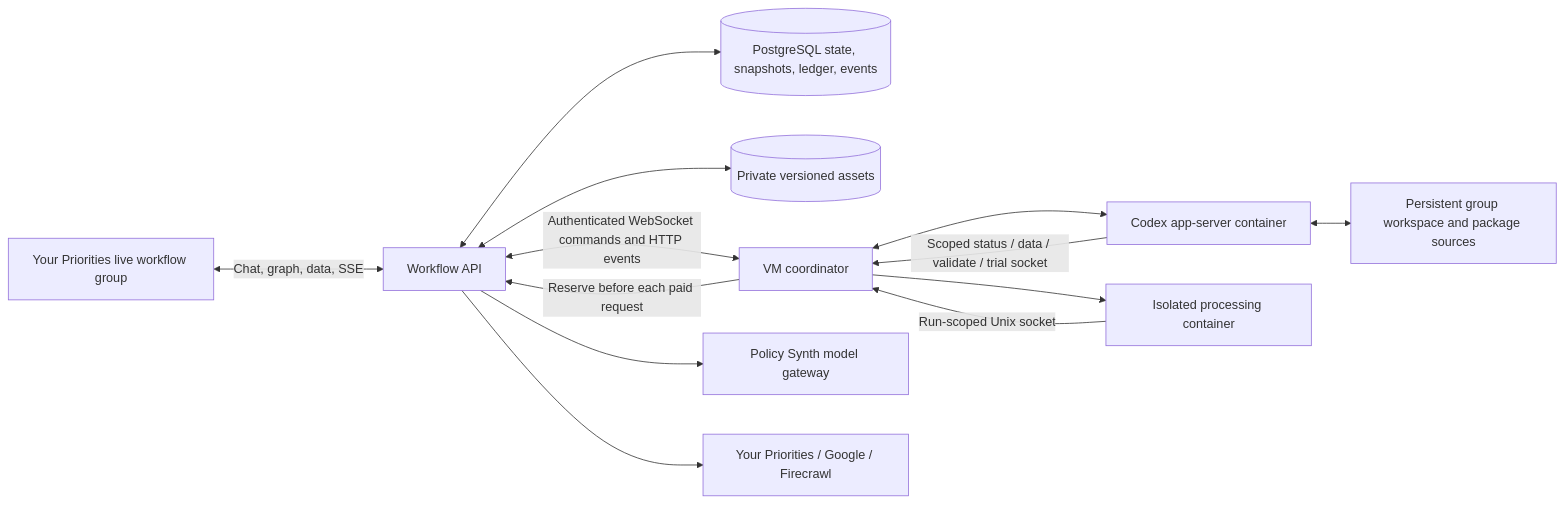
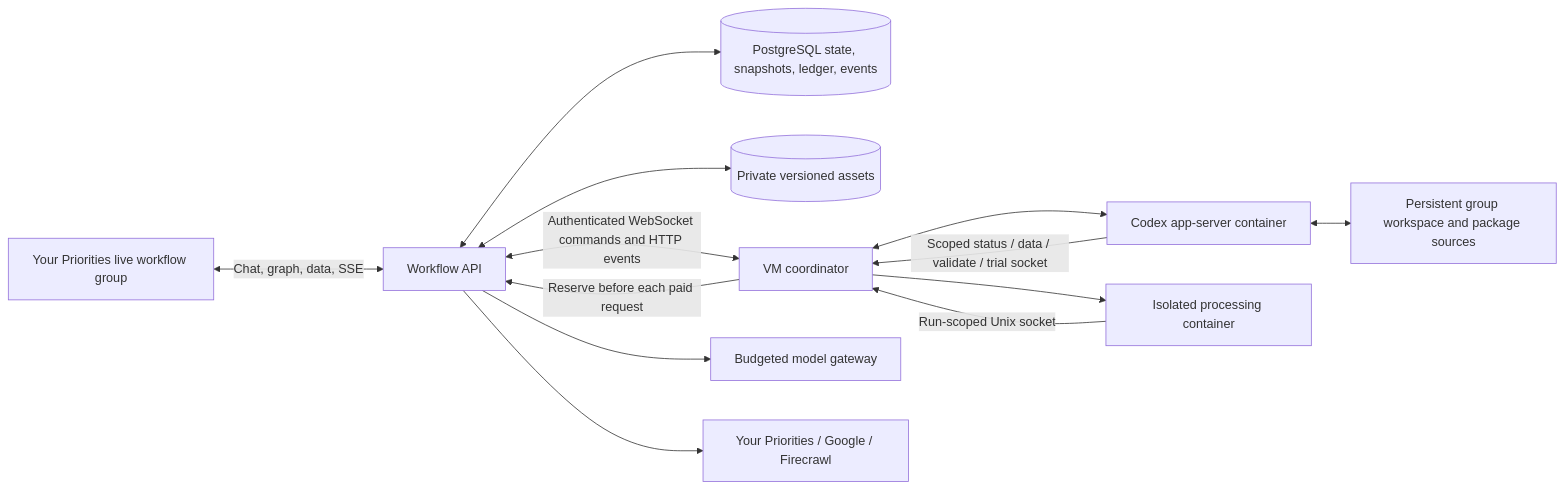
One commit to CitizensFoundation/your-priorities-app changed the diagram in server_api/live-workflow-runtime/README.md. Above: the diagram before and after it, drawn with Mermaid. The commit also changed other lines of this file and 69 other files, not shown here.

````diff
--- a/server_api/live-workflow-runtime/README.md
+++ b/server_api/live-workflow-runtime/README.md
@@ -9,15 +9,15 @@
 ```mermaid
 flowchart LR
   UI[Your Priorities live workflow group] <-->|Chat, graph, data, SSE| API[Workflow API]
   API <--> PG[(PostgreSQL state, snapshots, ledger, events)]
   API <--> DATA[(Private versioned assets)]
   API <-->|Authenticated WebSocket commands and HTTP events| HOST[VM coordinator]
   HOST <--> CODEX[Codex app-server container]
   CODEX <--> WORK[Persistent group workspace and package sources]
   CODEX -->|Scoped status / data / validate / trial socket| HOST
   HOST --> RUN[Isolated processing container]
   RUN -->|Run-scoped Unix socket| HOST
   HOST -->|Reserve before each paid request| API
-  API --> PS[Policy Synth model gateway]
+  API --> PS[Budgeted model gateway]
   API --> CONNECT[Your Priorities / Google / Firecrawl]
 ```
````
